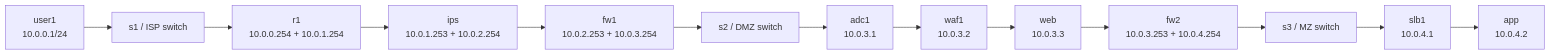
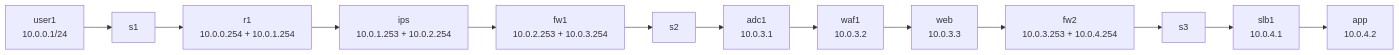
Before and after one commit to mayanksinghk/IRCTC-Simulator: the first of 4 diagrams in docs/ARCHITECTURE.md, drawn with Mermaid. The commit also changed other lines of this file and 3 other files, not shown here.

````diff
--- a/docs/ARCHITECTURE.md
+++ b/docs/ARCHITECTURE.md
@@ -14,19 +19,19 @@
 ```mermaid
 graph LR
   U[user1\n10.0.0.1/24]
-  S1[s1 / ISP switch]
+  S1[s1]
   R[r1\n10.0.0.254 + 10.0.1.254]
   IPS[ips\n10.0.1.253 + 10.0.2.254]
   FW1[fw1\n10.0.2.253 + 10.0.3.254]
-  S2[s2 / DMZ switch]
+  S2[s2]
   ADC[adc1\n10.0.3.1]
   WAF[waf1\n10.0.3.2]
   WEB[web\n10.0.3.3]
   FW2[fw2\n10.0.3.253 + 10.0.4.254]
-  S3[s3 / MZ switch]
+  S3[s3]
   SLB[slb1\n10.0.4.1]
   APP[app\n10.0.4.2]
 
   U --> S1 --> R --> IPS --> FW1 --> S2
   S2 --> ADC --> WAF --> WEB --> FW2 --> S3 --> SLB --> APP
 ```
````
